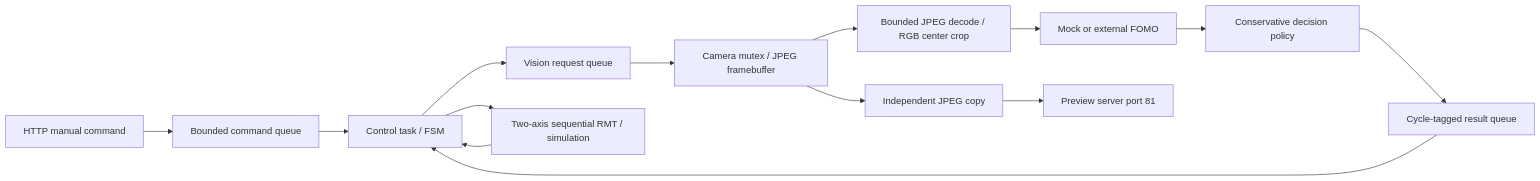
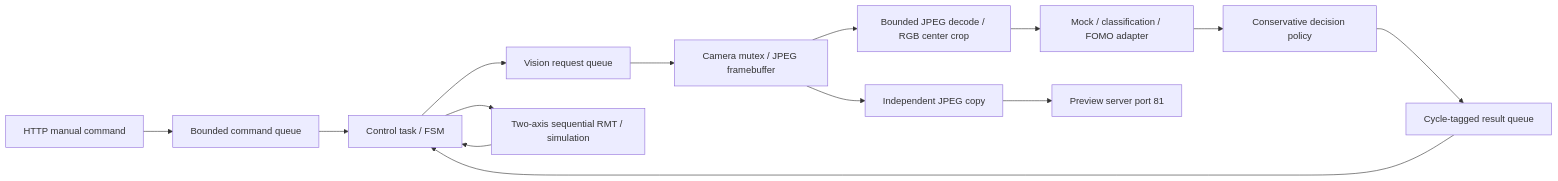
One commit to brianteo929-ctrl/embedded-ai-cam-sorting-controller changed the diagram in docs/ARCHITECTURE.md. Above: the diagram before and after it, drawn with Mermaid. The commit also changed other lines of this file and 44 other files, not shown here.

````diff
--- a/docs/ARCHITECTURE.md
+++ b/docs/ARCHITECTURE.md
@@ -5,16 +5,16 @@
 ```mermaid
 flowchart LR
   HTTP[HTTP manual command] --> Q[Bounded command queue]
   Q --> C[Control task / FSM]
   C --> V[Vision request queue]
   V --> CAM[Camera mutex / JPEG framebuffer]
   CAM --> RGB[Bounded JPEG decode / RGB center crop]
-  RGB --> AI[Mock or external FOMO]
+  RGB --> AI[Mock / classification / FOMO adapter]
   AI --> D[Conservative decision policy]
   D --> E[Cycle-tagged result queue]
   E --> C
   C --> M[Two-axis sequential RMT / simulation]
   M --> C
   CAM --> COPY[Independent JPEG copy]
   COPY --> WEB[Preview server port 81]
 ```
````
